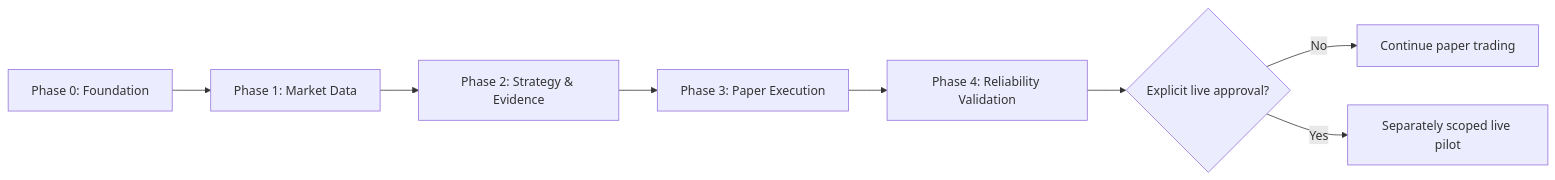
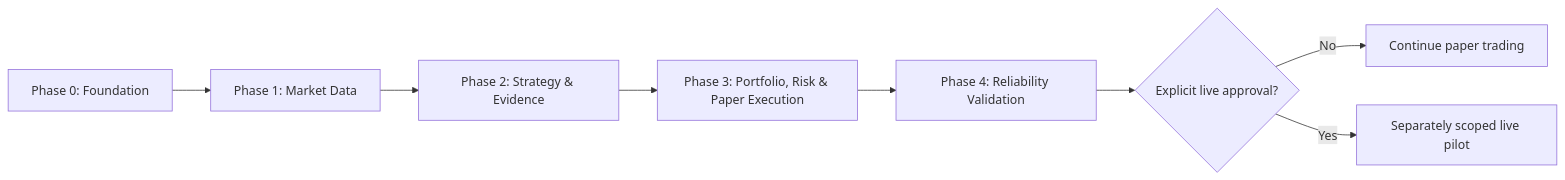
Before and after one commit to bibhuyash/tradeedge: the diagram in docs/product/ROADMAP.md, drawn with Mermaid. The commit also changed other lines of this file and 13 other files, not shown here.

Commit message:
docs(risk): document phase 3 milestone 1 boundaries

````diff
--- a/docs/product/ROADMAP.md
+++ b/docs/product/ROADMAP.md
@@ -7,10 +7,10 @@
 ```mermaid
 flowchart LR
     P0["Phase 0: Foundation"] --> P1["Phase 1: Market Data"]
     P1 --> P2["Phase 2: Strategy & Evidence"]
-    P2 --> P3["Phase 3: Paper Execution"]
+    P2 --> P3["Phase 3: Portfolio, Risk & Paper Execution"]
     P3 --> P4["Phase 4: Reliability Validation"]
     P4 --> G{"Explicit live approval?"}
     G -->|No| PT["Continue paper trading"]
     G -->|Yes| LP["Separately scoped live pilot"]
 ```
````
